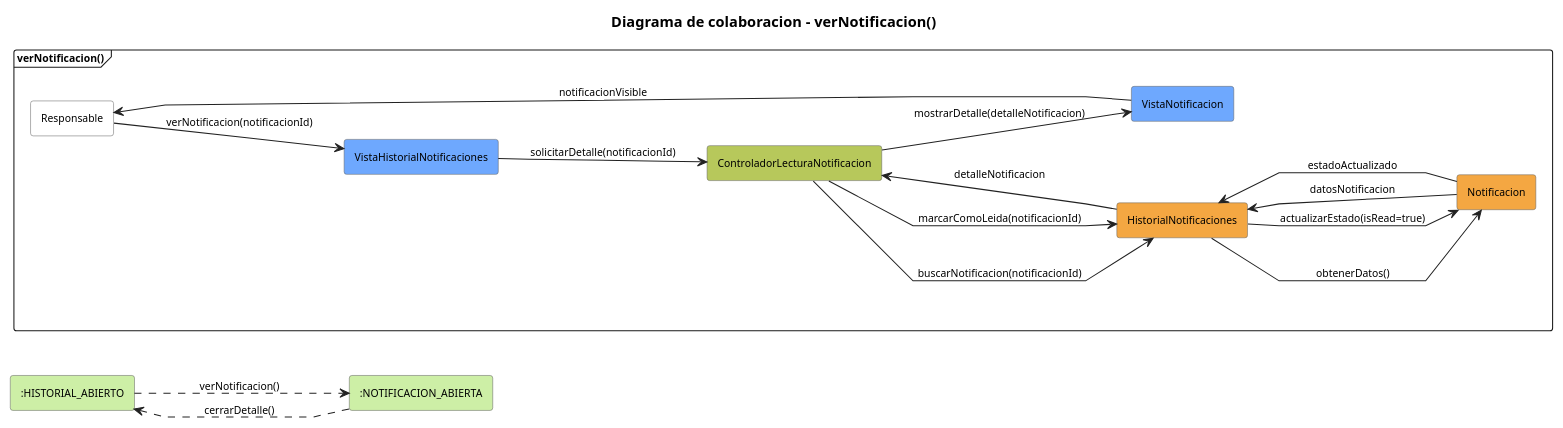
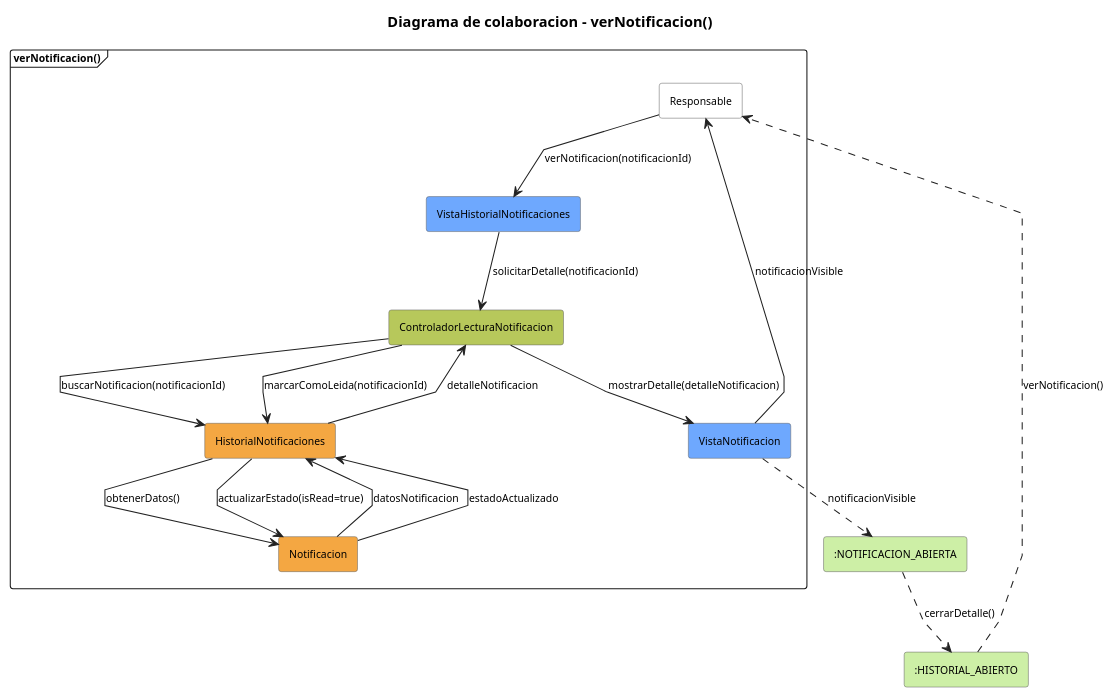
One commit to RaulPlayo/TFG-RaulPelayoParaja changed the diagram in codigoFuente/colabNotificacion.puml. Above: the diagram before and after it, drawn with PlantUML. The commit also changed 7 other files, not shown here.

```diff
--- a/codigoFuente/colabNotificacion.puml
+++ b/codigoFuente/colabNotificacion.puml
@@ -1,44 +1,44 @@
 @startuml colaboracionVerNotificacion
 
 title Diagrama de colaboracion - verNotificacion()
 
-left to right direction
 
 skinparam defaultFontName Arial
 skinparam defaultFontSize 10
 skinparam shadowing false
 skinparam linetype polyline
 skinparam ArrowColor #222222
 skinparam rectangle {
   BorderColor #666666
   RoundCorner 5
 }
+
+rectangle ":HISTORIAL_ABIERTO" as historialAbierto #CDEFA6
+rectangle ":NOTIFICACION_ABIERTA" as notificacionAbierta #CDEFA6
 
 frame "verNotificacion()" {
   rectangle "Responsable" as responsable #FFFFFF
   rectangle "VistaHistorialNotificaciones" as vistaHistorial #6EA8FE
   rectangle "VistaNotificacion" as vistaNotificacion #6EA8FE
   rectangle "ControladorLecturaNotificacion" as controladorLectura #B7C85B
   rectangle "HistorialNotificaciones" as historial #F4A742
   rectangle "Notificacion" as notificacion #F4A742
 
   responsable --> vistaHistorial : verNotificacion(notificacionId)
   vistaHistorial --> controladorLectura : solicitarDetalle(notificacionId)
   controladorLectura --> historial : buscarNotificacion(notificacionId)
   historial --> notificacion : obtenerDatos()
   notificacion --> historial : datosNotificacion
   historial --> controladorLectura : detalleNotificacion
   controladorLectura --> historial : marcarComoLeida(notificacionId)
   historial --> notificacion : actualizarEstado(isRead=true)
   notificacion --> historial : estadoActualizado
   controladorLectura --> vistaNotificacion : mostrarDetalle(detalleNotificacion)
   vistaNotificacion --> responsable : notificacionVisible
 }
 
-rectangle ":HISTORIAL_ABIERTO" as historialAbierto #CDEFA6
-rectangle ":NOTIFICACION_ABIERTA" as notificacionAbierta #CDEFA6
-
-historialAbierto ..> notificacionAbierta : verNotificacion()
+historialAbierto ..> responsable : verNotificacion()
+vistaNotificacion ..> notificacionAbierta : notificacionVisible
 notificacionAbierta ..> historialAbierto : cerrarDetalle()
 
 @enduml
```
